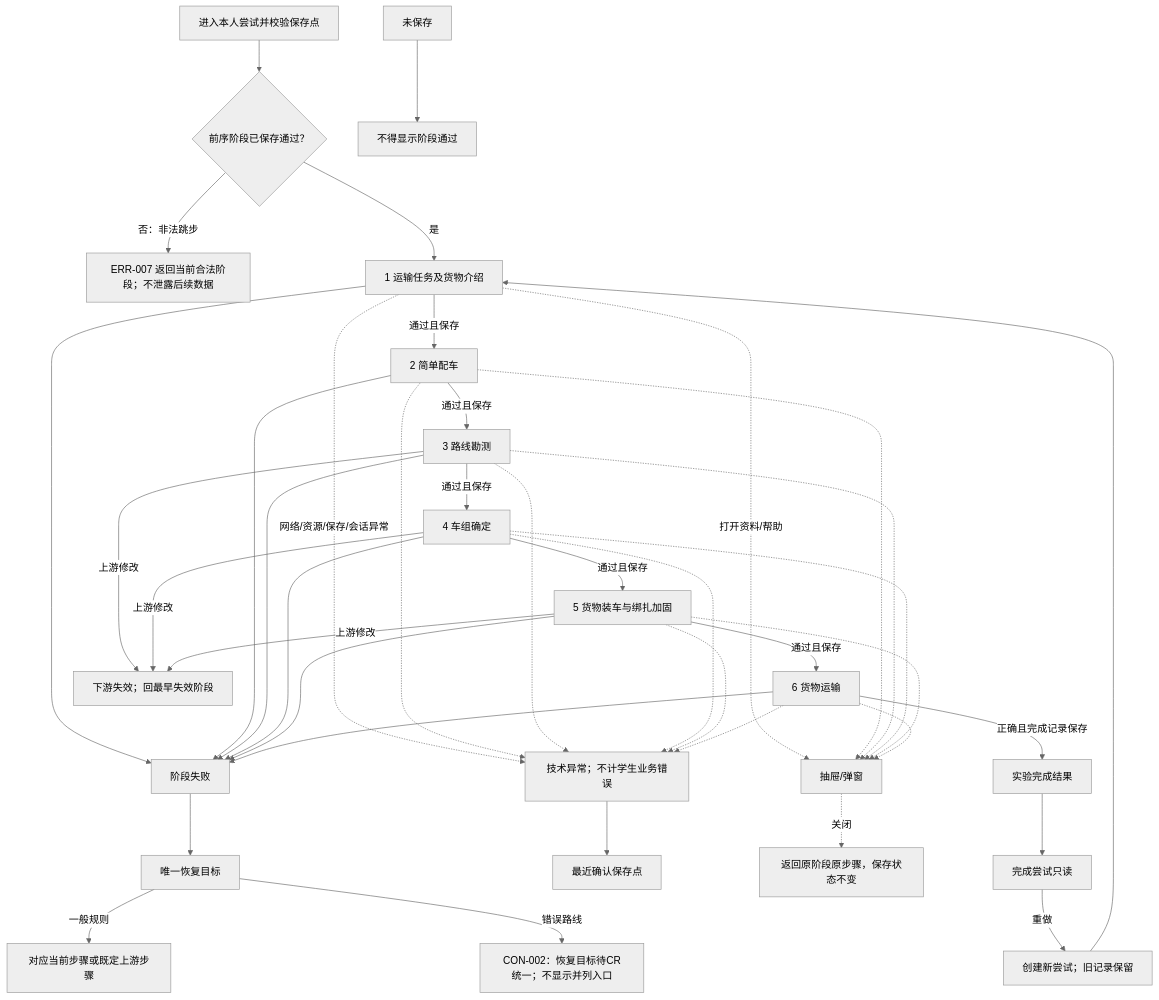
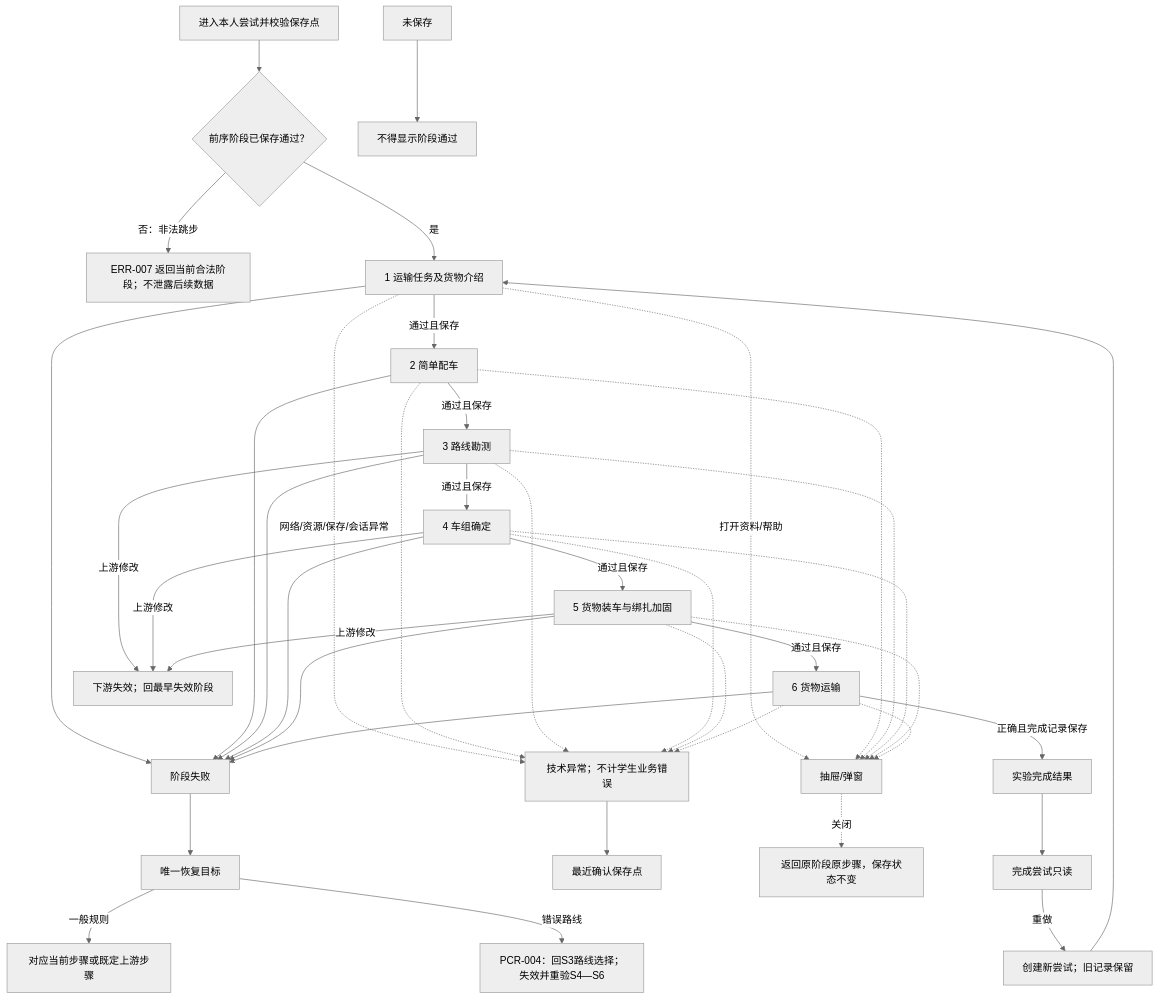
One commit to yone074418/dajianyunshu changed the second of 2 diagrams in docs/学生端信息架构.md. Above: the diagram before and after it, drawn with Mermaid (neutral theme). The commit also changed other lines of this file and 10 other files, not shown here.

````diff
--- a/docs/学生端信息架构.md
+++ b/docs/学生端信息架构.md
@@ -355,42 +357,42 @@
 ```mermaid
 flowchart TD
     E["进入本人尝试并校验保存点"] --> G{"前序阶段已保存通过？"}
     G -->|"否：非法跳步"| IL["ERR-007 返回当前合法阶段；不泄露后续数据"]
     G -->|是| S1["1 运输任务及货物介绍"]
     S1 -->|"通过且保存"| S2["2 简单配车"]
     S2 -->|"通过且保存"| S3["3 路线勘测"]
     S3 -->|"通过且保存"| S4["4 车组确定"]
     S4 -->|"通过且保存"| S5["5 货物装车与绑扎加固"]
     S5 -->|"通过且保存"| S6["6 货物运输"]
     S1 --> F["阶段失败"]
     S2 --> F
     S3 --> F
     S4 --> F
     S5 --> F
     S6 --> F
     F --> U["唯一恢复目标"]
     U -->|"一般规则"| LS["对应当前步骤或既定上游步骤"]
-    U -->|"错误路线"| C2["CON-002：恢复目标待CR统一；不显示并列入口"]
+    U -->|"错误路线"| C2["PCR-004：回S3路线选择；失效并重验S4—S6"]
     S1 -. "网络/资源/保存/会话异常" .-> T["技术异常；不计学生业务错误"]
     S2 -.-> T
     S3 -.-> T
     S4 -.-> T
     S5 -.-> T
     S6 -.-> T
     T --> SP["最近确认保存点"]
     S3 -->|"上游修改"| IV["下游失效；回最早失效阶段"]
     S4 -->|"上游修改"| IV
     S5 -->|"上游修改"| IV
     WN["未保存"] --> NP["不得显示阶段通过"]
     S1 -. "打开资料/帮助" .-> DR["抽屉/弹窗"]
     S2 -.-> DR
     S3 -.-> DR
     S4 -.-> DR
     S5 -.-> DR
     S6 -.-> DR
     DR -. "关闭" .-> OR["返回原阶段原步骤，保存状态不变"]
     S6 -->|"正确且完成记录保存"| R["实验完成结果"]
     R --> RO["完成尝试只读"]
     RO -->|"重做"| NEW["创建新尝试；旧记录保留"]
     NEW --> S1
 ```
````
